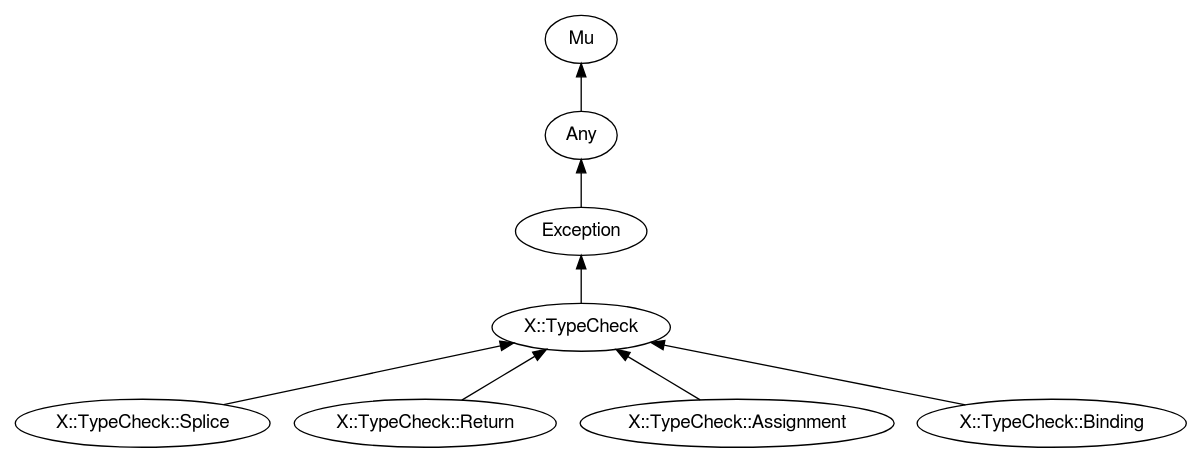
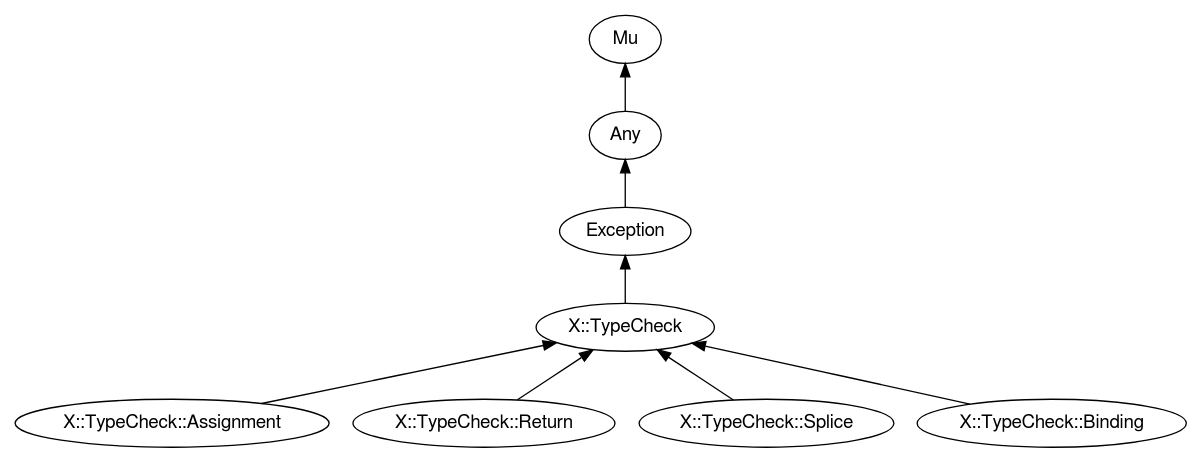
One commit to perl6docs/perl6docs.github.io changed the diagram in images/type-graph-X::TypeCheck.svg.dot. Above: the diagram before and after it, drawn with Graphviz. The commit also changed other lines of this file and 4386 other files, not shown here.

Commit message:
Version with Failure graph

```diff
--- a/images/type-graph-X::TypeCheck.svg.dot
+++ b/images/type-graph-X::TypeCheck.svg.dot
@@ -1,25 +1,25 @@
 digraph "perl6-type-graph" {
     rankdir=BT;
     splines=polyline;
     overlap=false; 
     // Types
     "X::TypeCheck" [color="#000000", fontcolor="#000000", href="/type/X::TypeCheck", fontname="FreeSans"];
     "Mu" [color="#000000", fontcolor="#000000", href="/type/Mu", fontname="FreeSans"];
     "Any" [color="#000000", fontcolor="#000000", href="/type/Any", fontname="FreeSans"];
     "Exception" [color="#000000", fontcolor="#000000", href="/type/Exception", fontname="FreeSans"];
+    "X::TypeCheck::Assignment" [color="#000000", fontcolor="#000000", href="/type/X::TypeCheck::Assignment", fontname="FreeSans"];
+    "X::TypeCheck::Return" [color="#000000", fontcolor="#000000", href="/type/X::TypeCheck::Return", fontname="FreeSans"];
     "X::TypeCheck::Splice" [color="#000000", fontcolor="#000000", href="/type/X::TypeCheck::Splice", fontname="FreeSans"];
-    "X::TypeCheck::Return" [color="#000000", fontcolor="#000000", href="/type/X::TypeCheck::Return", fontname="FreeSans"];
-    "X::TypeCheck::Assignment" [color="#000000", fontcolor="#000000", href="/type/X::TypeCheck::Assignment", fontname="FreeSans"];
     "X::TypeCheck::Binding" [color="#000000", fontcolor="#000000", href="/type/X::TypeCheck::Binding", fontname="FreeSans"];
 
     // Superclasses
     "X::TypeCheck" -> "Exception" [color="#000000"];
     "Any" -> "Mu" [color="#000000"];
     "Exception" -> "Any" [color="#000000"];
+    "X::TypeCheck::Assignment" -> "X::TypeCheck" [color="#000000"];
+    "X::TypeCheck::Return" -> "X::TypeCheck" [color="#000000"];
     "X::TypeCheck::Splice" -> "X::TypeCheck" [color="#000000"];
-    "X::TypeCheck::Return" -> "X::TypeCheck" [color="#000000"];
-    "X::TypeCheck::Assignment" -> "X::TypeCheck" [color="#000000"];
     "X::TypeCheck::Binding" -> "X::TypeCheck" [color="#000000"];
 
     // Roles
 }
```
